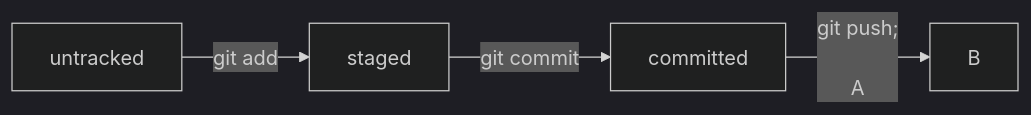
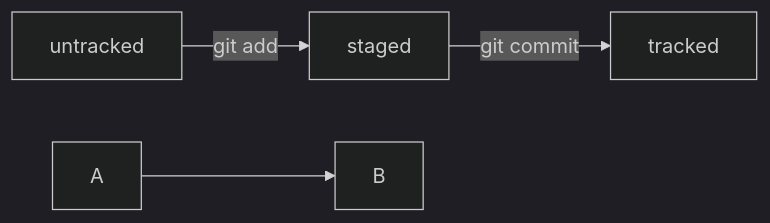
The diagram in README.md (allseenn/first-project), drawn with Mermaid (dark theme) before and after one commit.

Commit message:
fix: tracked in README.md

````diff
--- a/README.md
+++ b/README.md
@@ -31,10 +31,9 @@
 ```mermaid
 graph LR
     untracked -- "git add" --> staged;
-    staged -- "git commit" --> committed;
-    committed -- "git push";
+    staged -- "git commit" --> tracked;
 
 %% just arrow
 
     A --> B 
 ```
````
